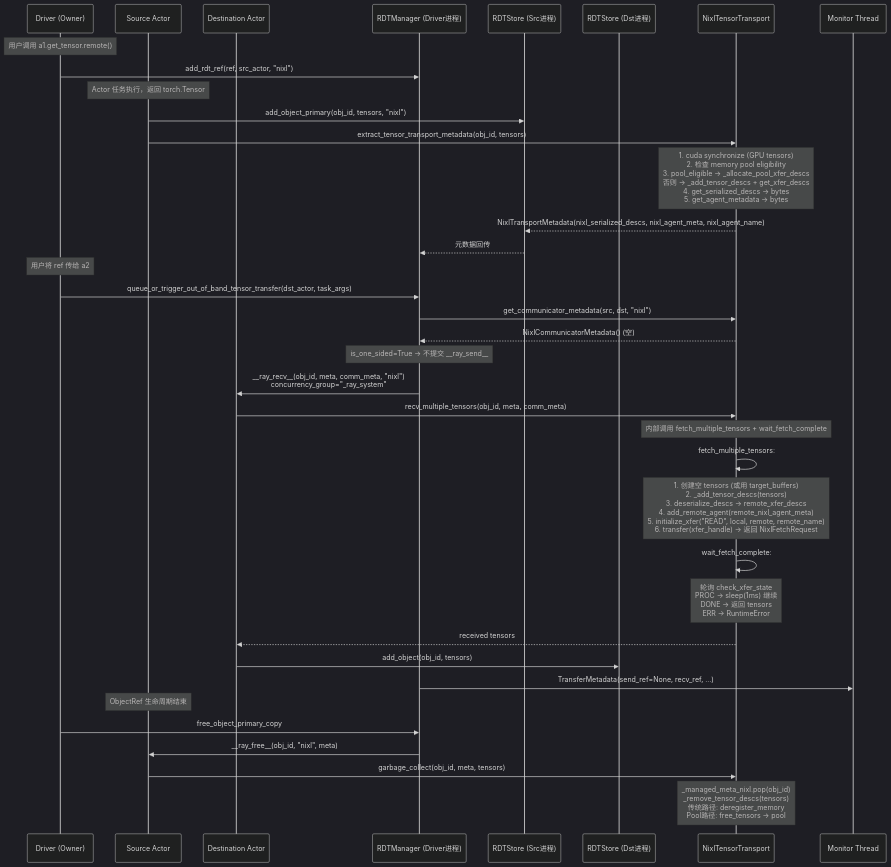
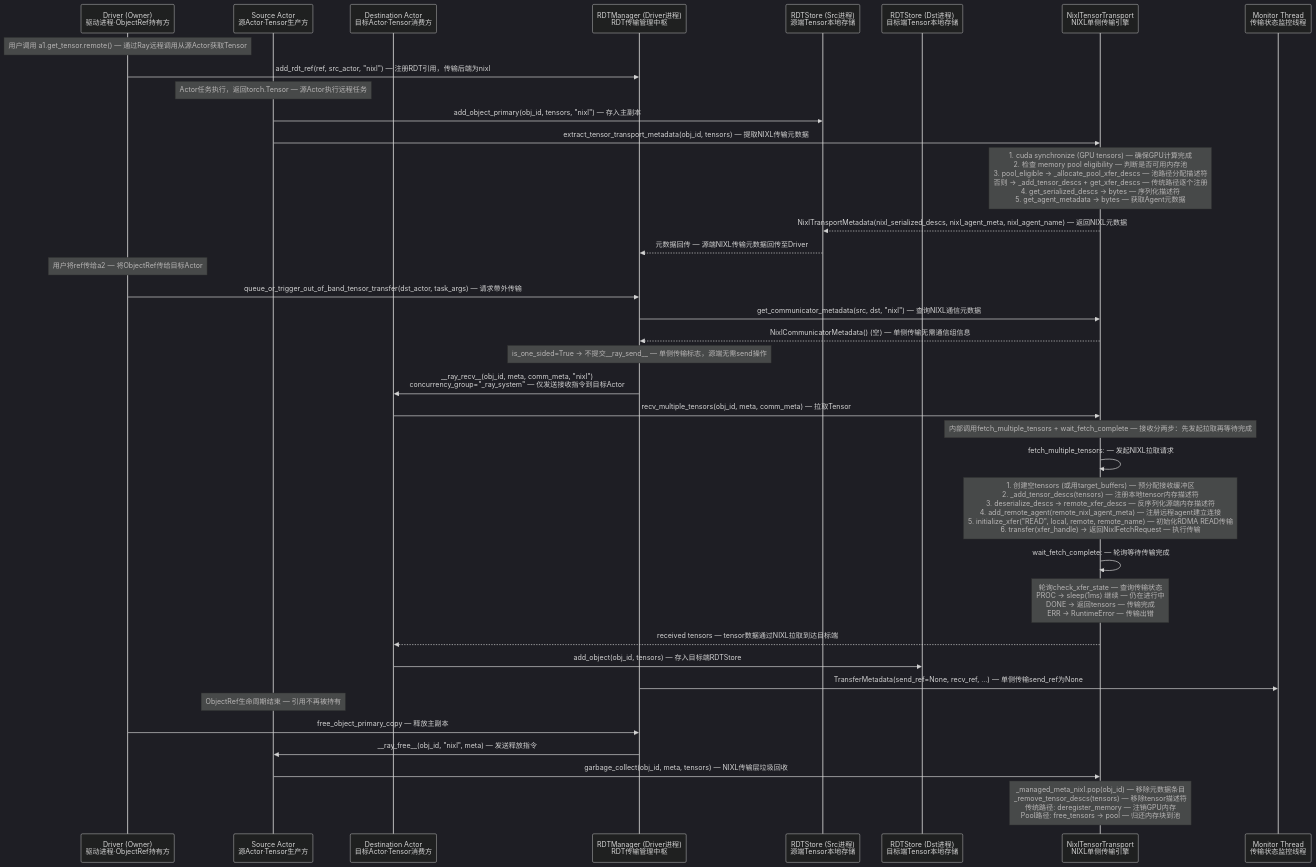
One commit to wangguimin18-boop/ray-project changed the fifth of 8 diagrams in doc/source/ray-core/direct-transport/rdt-architecture-analysis.md. Above: the diagram before and after it, drawn with Mermaid (dark theme). The commit also changed other lines of this file, not shown here.

Commit message:
docs(rdt): add comprehensive Chinese annotations to all diagrams in architecture analysis

````diff
--- a/doc/source/ray-core/direct-transport/rdt-architecture-analysis.md
+++ b/doc/source/ray-core/direct-transport/rdt-architecture-analysis.md
@@ -361,50 +597,50 @@
 ```mermaid
 sequenceDiagram
-    participant Driver as Driver (Owner)
-    participant SrcActor as Source Actor
-    participant DstActor as Destination Actor
-    participant RDTMgr as RDTManager (Driver进程)
-    participant RDTStoreSrc as RDTStore (Src进程)
-    participant RDTStoreDst as RDTStore (Dst进程)
-    participant NixlTransport as NixlTensorTransport
-    participant Monitor as Monitor Thread
+    participant Driver as Driver (Owner)<br>驱动进程·ObjectRef持有方
+    participant SrcActor as Source Actor<br>源Actor·Tensor生产方
+    participant DstActor as Destination Actor<br>目标Actor·Tensor消费方
+    participant RDTMgr as RDTManager (Driver进程)<br>RDT传输管理中枢
+    participant RDTStoreSrc as RDTStore (Src进程)<br>源端Tensor本地存储
+    participant RDTStoreDst as RDTStore (Dst进程)<br>目标端Tensor本地存储
+    participant NixlTransport as NixlTensorTransport<br>NIXL单侧传输引擎
+    participant Monitor as Monitor Thread<br>传输状态监控线程
 
-    Note over Driver: 用户调用 a1.get_tensor.remote()
-    Driver->>RDTMgr: add_rdt_ref(ref, src_actor, "nixl")
+    Note over Driver: 用户调用 a1.get_tensor.remote() — 通过Ray远程调用从源Actor获取Tensor
+    Driver->>RDTMgr: add_rdt_ref(ref, src_actor, "nixl") — 注册RDT引用，传输后端为nixl
 
-    Note over SrcActor: Actor 任务执行，返回 torch.Tensor
-    SrcActor->>RDTStoreSrc: add_object_primary(obj_id, tensors, "nixl")
-    SrcActor->>NixlTransport: extract_tensor_transport_metadata(obj_id, tensors)
+    Note over SrcActor: Actor任务执行，返回torch.Tensor — 源Actor执行远程任务
+    SrcActor->>RDTStoreSrc: add_object_primary(obj_id, tensors, "nixl") — 存入主副本
+    SrcActor->>NixlTransport: extract_tensor_transport_metadata(obj_id, tensors) — 提取NIXL传输元数据
 
-    Note over NixlTransport: 1. cuda synchronize (GPU tensors)<br>2. 检查 memory pool eligibility<br>3. pool_eligible → _allocate_pool_xfer_descs<br>   否则 → _add_tensor_descs + get_xfer_descs<br>4. get_serialized_descs → bytes<br>5. get_agent_metadata → bytes
-    NixlTransport-->>RDTStoreSrc: NixlTransportMetadata(nixl_serialized_descs, nixl_agent_meta, nixl_agent_name)
-    RDTStoreSrc-->>RDTMgr: 元数据回传
+    Note over NixlTransport: 1. cuda synchronize (GPU tensors) — 确保GPU计算完成<br>2. 检查 memory pool eligibility — 判断是否可用内存池<br>3. pool_eligible → _allocate_pool_xfer_descs — 池路径分配描述符<br>   否则 → _add_tensor_descs + get_xfer_descs — 传统路径逐个注册<br>4. get_serialized_descs → bytes — 序列化描述符<br>5. get_agent_metadata → bytes — 获取Agent元数据
+    NixlTransport-->>RDTStoreSrc: NixlTransportMetadata(nixl_serialized_descs, nixl_agent_meta, nixl_agent_name) — 返回NIXL元数据
+    RDTStoreSrc-->>RDTMgr: 元数据回传 — 源端NIXL传输元数据回传至Driver
 
-    Note over Driver: 用户将 ref 传给 a2
-    Driver->>RDTMgr: queue_or_trigger_out_of_band_tensor_transfer(dst_actor, task_args)
-    RDTMgr->>NixlTransport: get_communicator_metadata(src, dst, "nixl")
-    NixlTransport-->>RDTMgr: NixlCommunicatorMetadata() (空)
+    Note over Driver: 用户将ref传给a2 — 将ObjectRef传给目标Actor
+    Driver->>RDTMgr: queue_or_trigger_out_of_band_tensor_transfer(dst_actor, task_args) — 请求带外传输
+    RDTMgr->>NixlTransport: get_communicator_metadata(src, dst, "nixl") — 查询NIXL通信元数据
+    NixlTransport-->>RDTMgr: NixlCommunicatorMetadata() (空) — 单侧传输无需通信组信息
 
-    Note over RDTMgr: is_one_sided=True → 不提交 __ray_send__
-    RDTMgr->>DstActor: __ray_recv__(obj_id, meta, comm_meta, "nixl")<br>concurrency_group="_ray_system"
+    Note over RDTMgr: is_one_sided=True → 不提交__ray_send__ — 单侧传输标志，源端无需send操作
+    RDTMgr->>DstActor: __ray_recv__(obj_id, meta, comm_meta, "nixl")<br>concurrency_group="_ray_system" — 仅发送接收指令到目标Actor
 
-    DstActor->>NixlTransport: recv_multiple_tensors(obj_id, meta, comm_meta)
-    Note over NixlTransport: 内部调用 fetch_multiple_tensors + wait_fetch_complete
+    DstActor->>NixlTransport: recv_multiple_tensors(obj_id, meta, comm_meta) — 拉取Tensor
+    Note over NixlTransport: 内部调用fetch_multiple_tensors + wait_fetch_complete — 接收分两步：先发起拉取再等待完成
 
-    NixlTransport->>NixlTransport: fetch_multiple_tensors:
-    Note over NixlTransport: 1. 创建空 tensors (或用 target_buffers)<br>2. _add_tensor_descs(tensors)<br>3. deserialize_descs → remote_xfer_descs<br>4. add_remote_agent(remote_nixl_agent_meta)<br>5. initialize_xfer("READ", local, remote, remote_name)<br>6. transfer(xfer_handle) → 返回 NixlFetchRequest
+    NixlTransport->>NixlTransport: fetch_multiple_tensors: — 发起NIXL拉取请求
+    Note over NixlTransport: 1. 创建空tensors (或用target_buffers) — 预分配接收缓冲区<br>2. _add_tensor_descs(tensors) — 注册本地tensor内存描述符<br>3. deserialize_descs → remote_xfer_descs — 反序列化源端内存描述符<br>4. add_remote_agent(remote_nixl_agent_meta) — 注册远程agent建立连接<br>5. initialize_xfer("READ", local, remote, remote_name) — 初始化RDMA READ传输<br>6. transfer(xfer_handle) → 返回NixlFetchRequest — 执行传输
 
-    NixlTransport->>NixlTransport: wait_fetch_complete:
-    Note over NixlTransport: 轮询 check_xfer_state<br>PROC → sleep(1ms) 继续<br>DONE → 返回 tensors<br>ERR → RuntimeError
+    NixlTransport->>NixlTransport: wait_fetch_complete: — 轮询等待传输完成
+    Note over NixlTransport: 轮询check_xfer_state — 查询传输状态<br>PROC → sleep(1ms) 继续 — 仍在进行中<br>DONE → 返回tensors — 传输完成<br>ERR → RuntimeError — 传输出错
 
-    NixlTransport-->>DstActor: received tensors
-    DstActor->>RDTStoreDst: add_object(obj_id, tensors)
+    NixlTransport-->>DstActor: received tensors — tensor数据通过NIXL拉取到达目标端
+    DstActor->>RDTStoreDst: add_object(obj_id, tensors) — 存入目标端RDTStore
 
-    RDTMgr->>Monitor: TransferMetadata(send_ref=None, recv_ref, ...)
+    RDTMgr->>Monitor: TransferMetadata(send_ref=None, recv_ref, ...) — 单侧传输send_ref为None
 
-    Note over SrcActor: ObjectRef 生命周期结束
-    Driver->>RDTMgr: free_object_primary_copy
-    RDTMgr->>SrcActor: __ray_free__(obj_id, "nixl", meta)
-    SrcActor->>NixlTransport: garbage_collect(obj_id, meta, tensors)
-    Note over NixlTransport: _managed_meta_nixl.pop(obj_id)<br>_remove_tensor_descs(tensors)<br>传统路径: deregister_memory<br>Pool路径: free_tensors → pool
+    Note over SrcActor: ObjectRef生命周期结束 — 引用不再被持有
+    Driver->>RDTMgr: free_object_primary_copy — 释放主副本
+    RDTMgr->>SrcActor: __ray_free__(obj_id, "nixl", meta) — 发送释放指令
+    SrcActor->>NixlTransport: garbage_collect(obj_id, meta, tensors) — NIXL传输层垃圾回收
+    Note over NixlTransport: _managed_meta_nixl.pop(obj_id) — 移除元数据条目<br>_remove_tensor_descs(tensors) — 移除tensor描述符<br>传统路径: deregister_memory — 注销GPU内存<br>Pool路径: free_tensors → pool — 归还内存块到池
 ```
````
